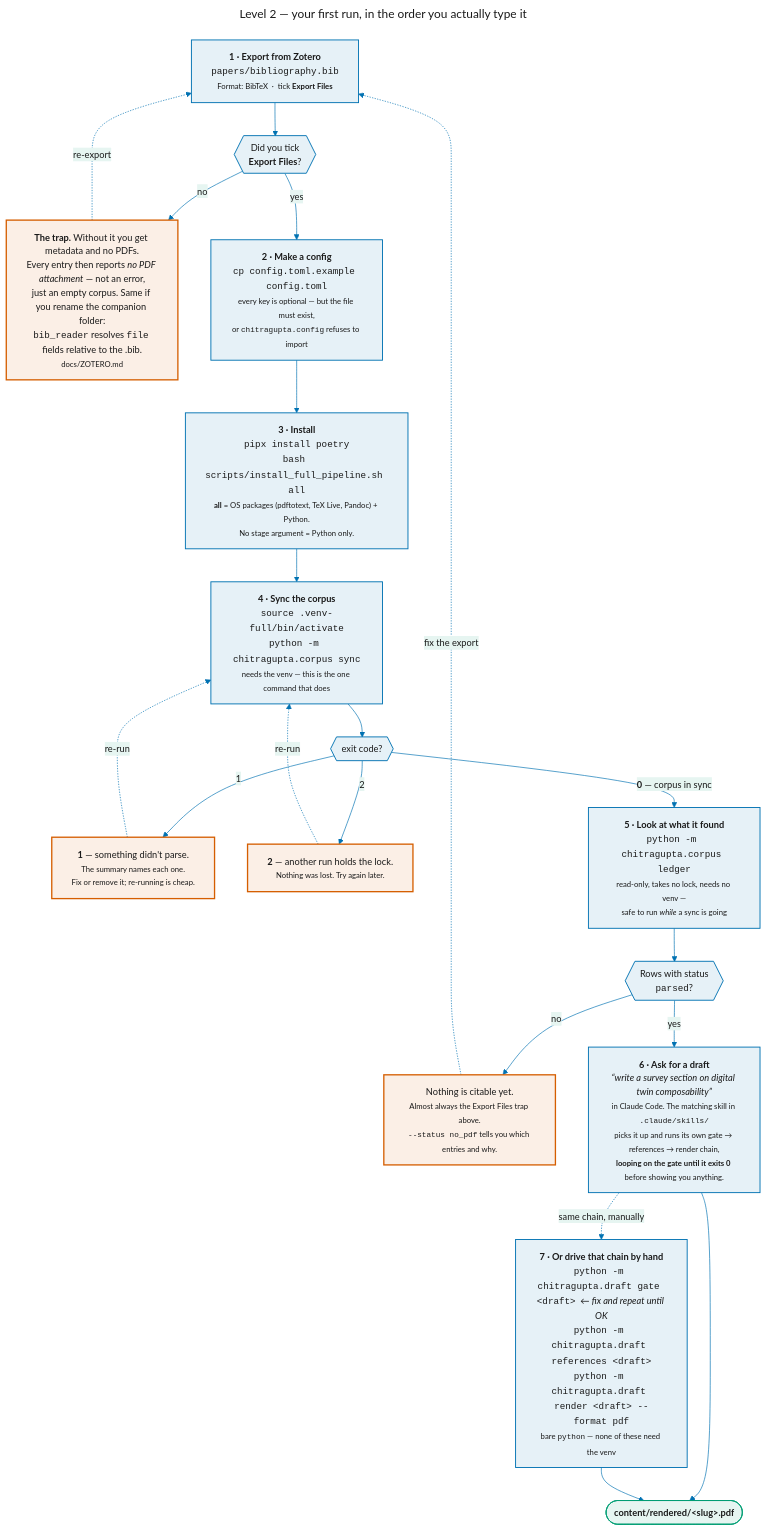
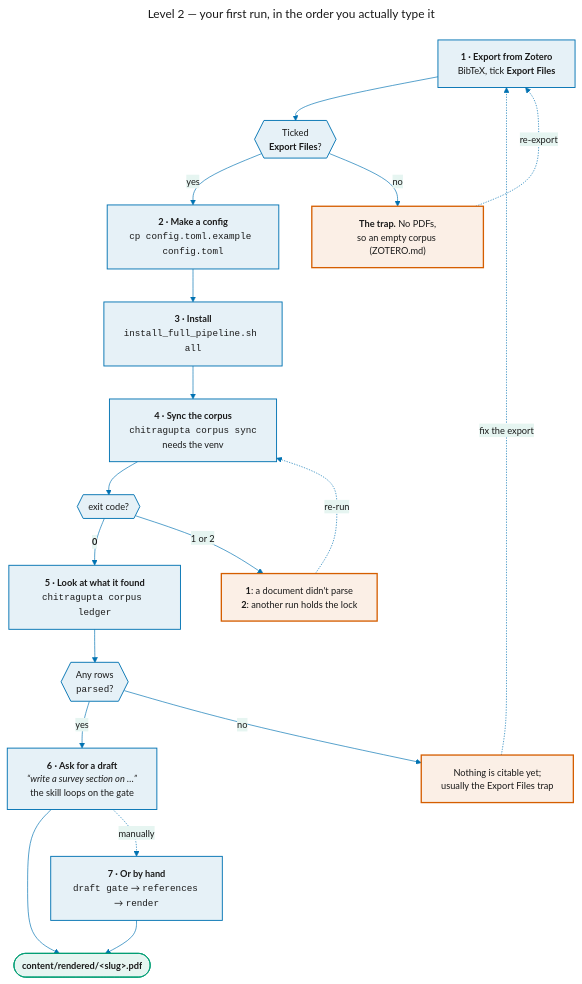
The diagram in docs/diagrams/v2-first-run.mmd (prasadtalasila/chitragupta), drawn with Mermaid before and after one commit. The commit also changed 145 other files, not shown here.

```diff
--- a/docs/diagrams/v2-first-run.mmd
+++ b/docs/diagrams/v2-first-run.mmd
@@ -1,67 +1,64 @@
 ---
 title: "Level 2 — your first run, in the order you actually type it"
 ---
 %%{init: {
   "theme": "base",
   "themeVariables": {
     "fontSize": "14px",
     "primaryColor": "#E6F1F7",
     "primaryBorderColor": "#0072B2",
     "primaryTextColor": "#1A1A1A",
     "lineColor": "#0072B2",
     "secondaryColor": "#E6F5F1",
     "secondaryBorderColor": "#009E73",
     "tertiaryColor": "#FBEFE6",
     "tertiaryBorderColor": "#D55E00"
   }
 }}%%
 flowchart TB
 
-  A["<b>1 · Export from Zotero</b><br/><code>papers/bibliography.bib</code><br/><small>Format: BibTeX &nbsp;·&nbsp; tick <b>Export Files</b></small>"]
-  A1{{"Did you tick<br/><b>Export Files</b>?"}}
-  ATRAP["<b>The trap.</b> Without it you get metadata and no PDFs.<br/>Every entry then reports <i>no PDF attachment</i> — not an error,<br/>just an empty corpus. Same if you rename the companion folder:<br/><code>bib_reader</code> resolves <code>file</code> fields relative to the .bib.<br/><small>docs/ZOTERO.md</small>"]
+  A["<b>1 · Export from Zotero</b><br/>BibTeX, tick <b>Export Files</b>"]
+  A1{{"Ticked<br/><b>Export Files</b>?"}}
+  ATRAP["<b>The trap.</b> No PDFs,<br/>so an empty corpus (ZOTERO.md)"]
 
-  B["<b>2 · Make a config</b><br/><code>cp config.toml.example config.toml</code><br/><small>every key is optional — but the file must exist,<br/>or <code>chitragupta.config</code> refuses to import</small>"]
+  B["<b>2 · Make a config</b><br/><code>cp config.toml.example config.toml</code>"]
 
-  C["<b>3 · Install</b><br/><code>pipx install poetry</code><br/><code>bash scripts/install_full_pipeline.sh all</code><br/><small><b>all</b> = OS packages (pdftotext, TeX Live, Pandoc) + Python.<br/>No stage argument = Python only.</small>"]
+  C["<b>3 · Install</b><br/><code>install_full_pipeline.sh all</code>"]
 
-  D["<b>4 · Sync the corpus</b><br/><code>source .venv-full/bin/activate</code><br/><code>python -m chitragupta.corpus sync</code><br/><small>needs the venv — this is the one command that does</small>"]
+  D["<b>4 · Sync the corpus</b><br/><code>chitragupta corpus sync</code><br/>needs the venv"]
   D1{{"exit code?"}}
-  DFAIL["<b>1</b> — something didn't parse.<br/><small>The summary names each one.<br/>Fix or remove it; re-running is cheap.</small>"]
-  DBUSY["<b>2</b> — another run holds the lock.<br/><small>Nothing was lost. Try again later.</small>"]
+  DFAIL["<b>1</b>: a document didn't parse<br/><b>2</b>: another run holds the lock"]
 
-  E["<b>5 · Look at what it found</b><br/><code>python -m chitragupta.corpus ledger</code><br/><small>read-only, takes no lock, needs no venv —<br/>safe to run <i>while</i> a sync is going</small>"]
-  E1{{"Rows with status<br/><code>parsed</code>?"}}
-  EEMPTY["Nothing is citable yet.<br/><small>Almost always the Export Files trap above.<br/><code>--status no_pdf</code> tells you which entries and why.</small>"]
+  E["<b>5 · Look at what it found</b><br/><code>chitragupta corpus ledger</code>"]
+  E1{{"Any rows<br/><code>parsed</code>?"}}
+  EEMPTY["Nothing is citable yet;<br/>usually the Export Files trap"]
 
-  F["<b>6 · Ask for a draft</b><br/><i>“write a survey section on digital twin composability”</i><br/><small>in Claude Code. The matching skill in <code>.claude/skills/</code><br/>picks it up and runs its own gate → references → render chain,<br/><b>looping on the gate until it exits 0</b> before showing you anything.</small>"]
+  F["<b>6 · Ask for a draft</b><br/><i>“write a survey section on …”</i><br/>the skill loops on the gate"]
 
-  G["<b>7 · Or drive that chain by hand</b><br/><code>python -m chitragupta.draft gate &lt;draft&gt;</code> &nbsp;<i>← fix and repeat until OK</i><br/><code>python -m chitragupta.draft references &lt;draft&gt;</code><br/><code>python -m chitragupta.draft render &lt;draft&gt; --format pdf</code><br/><small>bare <code>python</code> — none of these need the venv</small>"]
+  G["<b>7 · Or by hand</b><br/><code>draft gate</code> → <code>references</code> → <code>render</code>"]
 
   DONE(["<b>content/rendered/&lt;slug&gt;.pdf</b>"])
 
   A --> A1
+  A1 -- yes --> B --> C --> D --> D1
+  D1 -- "<b>0</b>" --> E --> E1
+  E1 -- yes --> F --> DONE
+  F -. "manually" .-> G
+  G --> DONE
   A1 -- no --> ATRAP
   ATRAP -. "re-export" .-> A
-  A1 -- yes --> B --> C --> D --> D1
-  D1 -- "1" --> DFAIL
-  D1 -- "2" --> DBUSY
-  DBUSY -. "re-run" .-> D
+  D1 -- "1 or 2" --> DFAIL
   DFAIL -. "re-run" .-> D
-  D1 -- "<b>0</b> — corpus in sync" --> E --> E1
   E1 -- no --> EEMPTY
   EEMPTY -. "fix the export" .-> A
-  E1 -- yes --> F --> DONE
-  F -. "same chain, manually" .-> G
-  G --> DONE
 
   class A,B,C,D,E,F,G flow
   class A1,D1,E1 flow
-  class ATRAP,EEMPTY,DFAIL,DBUSY key
+  class ATRAP,EEMPTY,DFAIL,DFAIL key
   class DONE alt
 
   %% house roles: generated by scripts/render_diagrams.py --sync
   classDef flow fill:#E6F1F7,stroke:#0072B2,stroke-width:1.4px,color:#1A1A1A
   classDef alt fill:#E6F5F1,stroke:#009E73,stroke-width:1.4px,color:#1A1A1A
   classDef key fill:#FBEFE6,stroke:#D55E00,stroke-width:2px,color:#1A1A1A
   classDef absent fill:#FFFFFF,stroke:#8C8C8C,stroke-width:1.2px,stroke-dasharray:4 3,color:#1A1A1A
```
